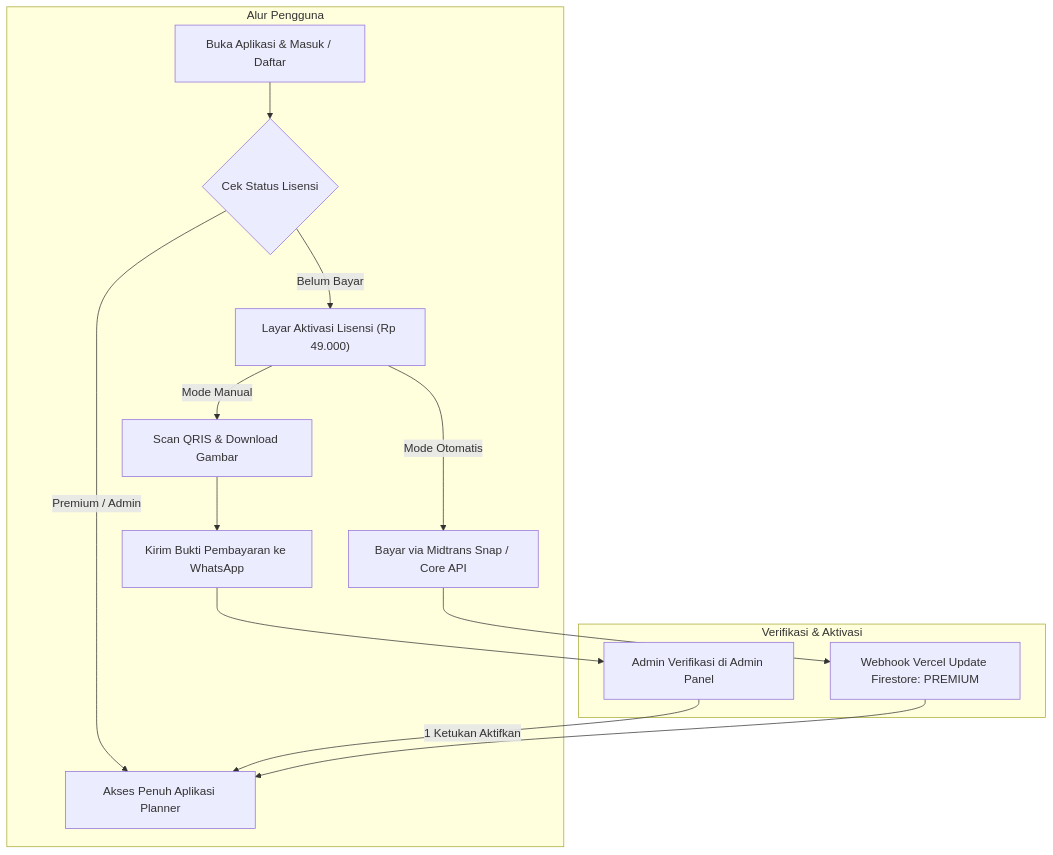
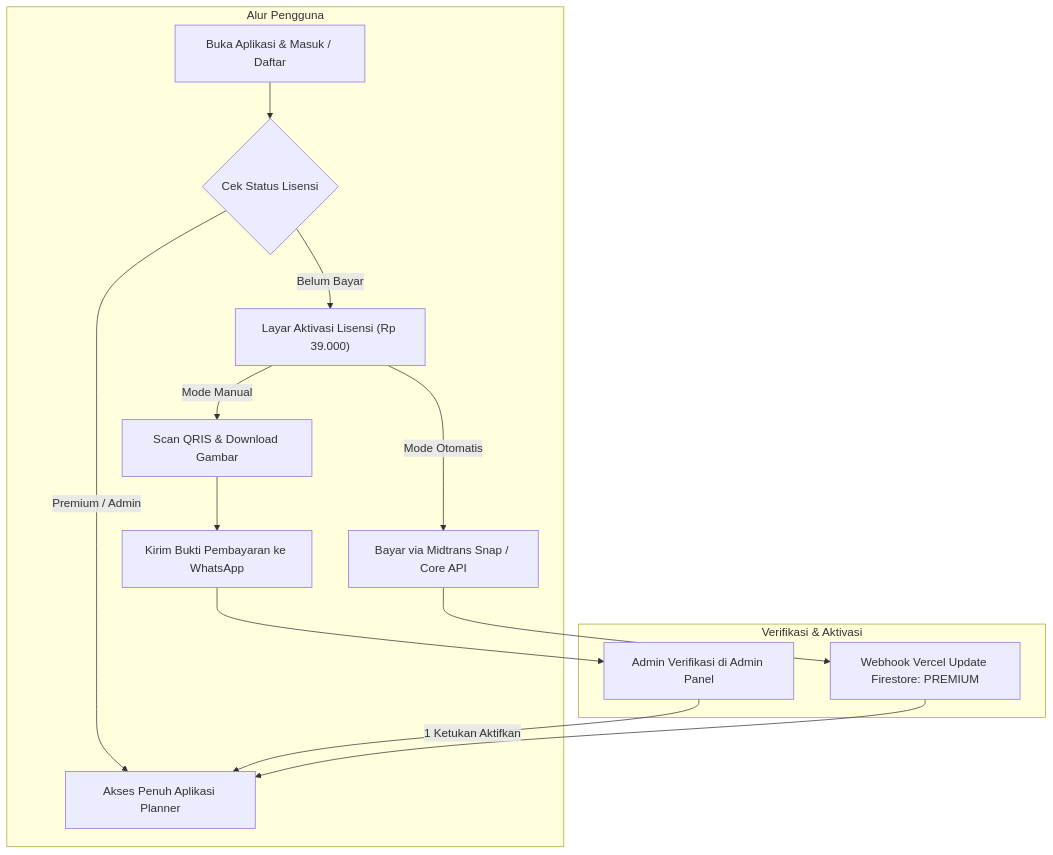
The diagram in docs/FIREBASE_AND_MONETIZATION_SETUP_GUIDE.md (rivaldiekaptrrr/nikahin_app), drawn with Mermaid before and after one commit. The commit also changed other lines of this file and 5 other files, not shown here.

````diff
--- a/docs/FIREBASE_AND_MONETIZATION_SETUP_GUIDE.md
+++ b/docs/FIREBASE_AND_MONETIZATION_SETUP_GUIDE.md
@@ -178,18 +178,18 @@
 ```mermaid
 flowchart TD
     subgraph UserFlow ["Alur Pengguna"]
         A["Buka Aplikasi & Masuk / Daftar"] --> B{"Cek Status Lisensi"}
-        B -->|Belum Bayar| C["Layar Aktivasi Lisensi (Rp 49.000)"]
+        B -->|Belum Bayar| C["Layar Aktivasi Lisensi (Rp 39.000)"]
         B -->|Premium / Admin| D["Akses Penuh Aplikasi Planner"]
         C -->|Mode Manual| E["Scan QRIS & Download Gambar"]
         E --> F["Kirim Bukti Pembayaran ke WhatsApp"]
         C -->|Mode Otomatis| G["Bayar via Midtrans Snap / Core API"]
     end
 
     subgraph BackendFlow ["Verifikasi & Aktivasi"]
         F --> H["Admin Verifikasi di Admin Panel"]
         H -->|1 Ketukan Aktifkan| D
         G --> I["Webhook Vercel Update Firestore: PREMIUM"]
         I --> D
     end
 ```
````
